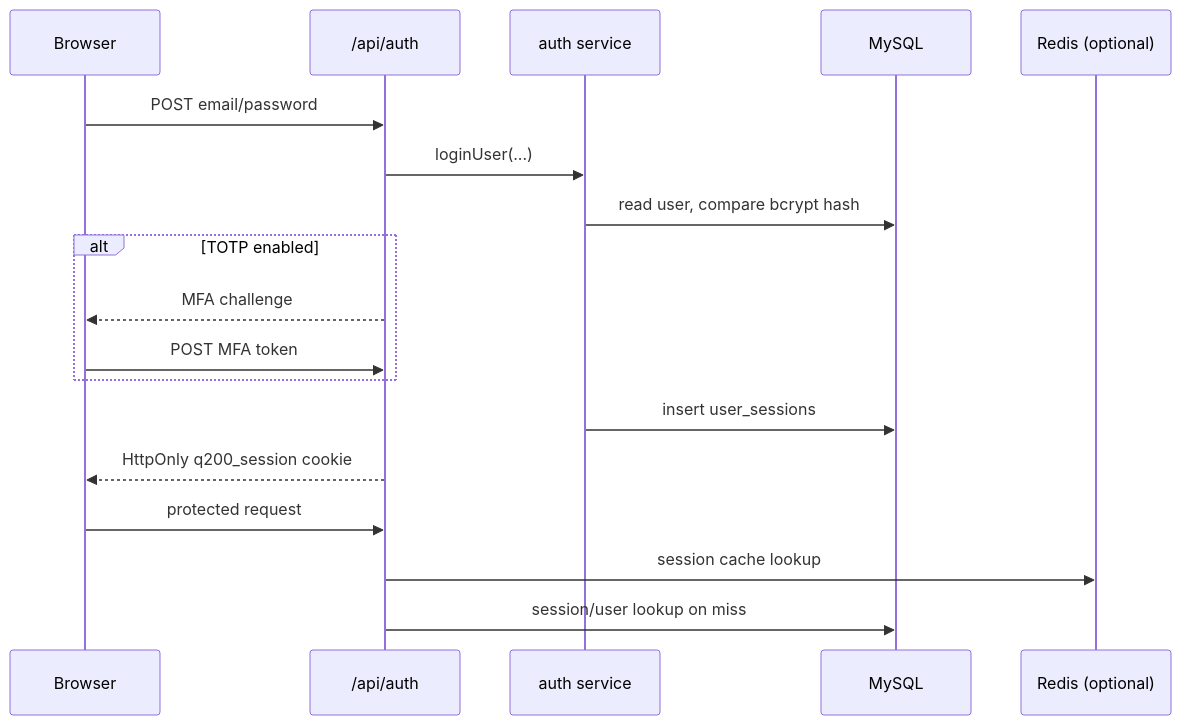
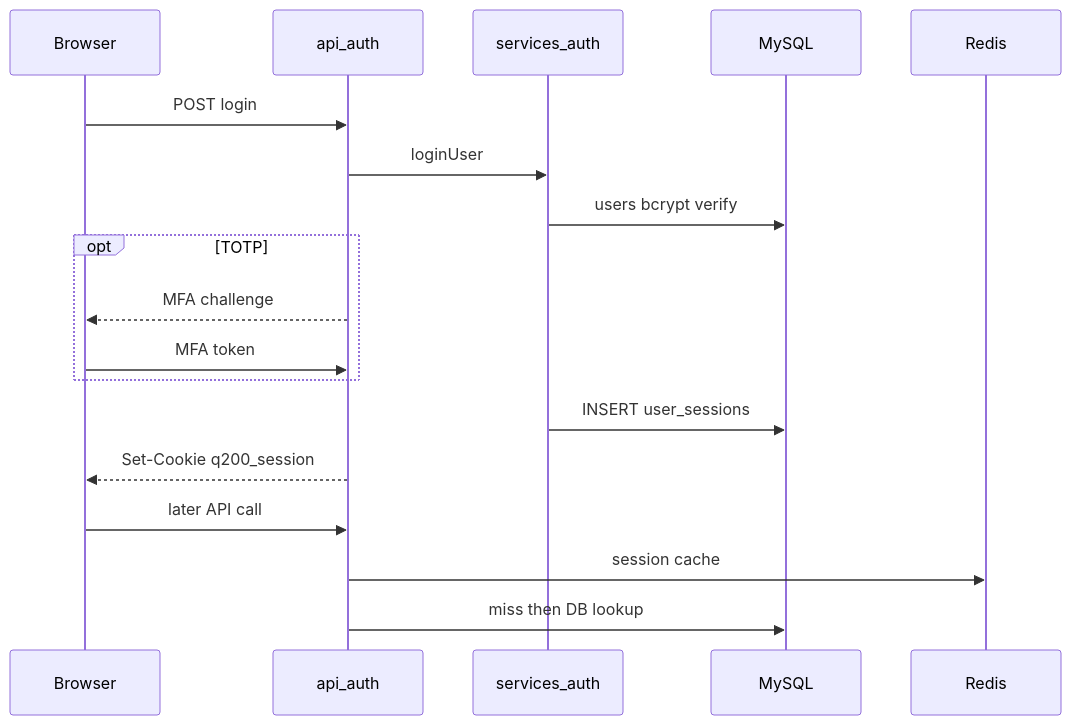
Before and after one commit to saurabhmani/api-update: the fourth of 8 diagrams in ARCHITECTURE.md, drawn with Mermaid. The commit also changed other lines of this file and 200 other files, not shown here.

````diff
--- a/ARCHITECTURE.md
+++ b/ARCHITECTURE.md
@@ -198,20 +179,20 @@
 ```mermaid
 sequenceDiagram
   participant B as Browser
-  participant A as /api/auth
-  participant S as auth service
+  participant A as api_auth
+  participant Auth as services_auth
   participant DB as MySQL
-  participant C as Redis (optional)
-  B->>A: POST email/password
-  A->>S: loginUser(...)
-  S->>DB: read user, compare bcrypt hash
-  alt TOTP enabled
+  participant C as Redis
+  B->>A: POST login
+  A->>Auth: loginUser
+  Auth->>DB: users bcrypt verify
+  opt TOTP
     A-->>B: MFA challenge
-    B->>A: POST MFA token
+    B->>A: MFA token
   end
-  S->>DB: insert user_sessions
-  A-->>B: HttpOnly q200_session cookie
-  B->>A: protected request
-  A->>C: session cache lookup
-  A->>DB: session/user lookup on miss
+  Auth->>DB: INSERT user_sessions
+  A-->>B: Set-Cookie q200_session
+  B->>A: later API call
+  A->>C: session cache
+  A->>DB: miss then DB lookup
 ```
````
